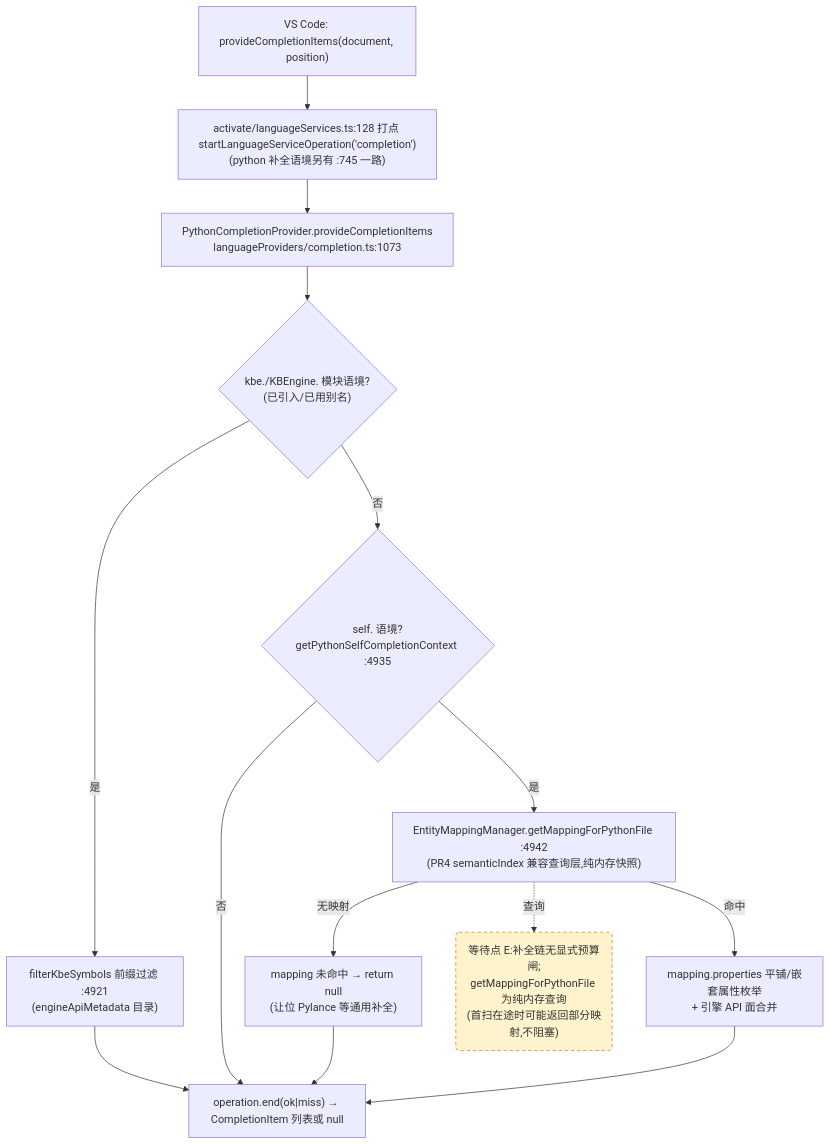
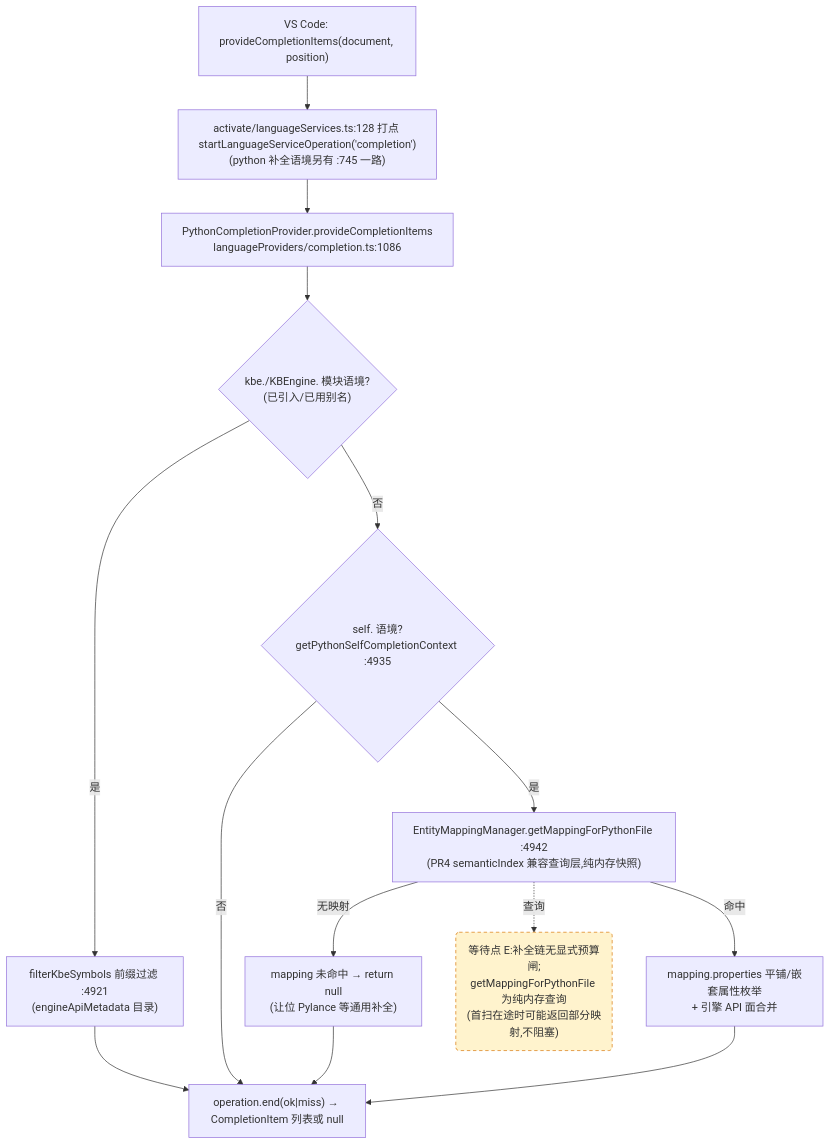
The third of 4 diagrams in docs/perf/2026-baseline.md (cuihairu/kode), drawn with Mermaid before and after one commit. The commit also changed other lines of this file and 8 other files, not shown here.

````diff
--- a/docs/perf/2026-baseline.md
+++ b/docs/perf/2026-baseline.md
@@ -196,27 +197,27 @@
 ```mermaid
 flowchart TD
   VC3["VS Code: provideCompletionItems(document, position)"]
   M3["activate/languageServices.ts:128 打点 startLanguageServiceOperation('completion')<br/>(python 补全语境另有 :745 一路)"]
-  CP["PythonCompletionProvider.provideCompletionItems<br/>languageProviders/completion.ts:1073"]
+  CP["PythonCompletionProvider.provideCompletionItems<br/>languageProviders/completion.ts:1086"]
   KBEC{"kbe./KBEngine. 模块语境?<br/>(已引入/已用别名)"}
   FILTER["filterKbeSymbols 前缀过滤 :4921<br/>(engineApiMetadata 目录)"]
   SELFC{"self. 语境?<br/>getPythonSelfCompletionContext :4935"}
   MAP["EntityMappingManager.getMappingForPythonFile :4942<br/>(PR4 semanticIndex 兼容查询层,纯内存快照)"]
   NOMAP["mapping 未命中 → return null<br/>(让位 Pylance 等通用补全)"]
   PROPS["mapping.properties 平铺/嵌套属性枚举<br/>+ 引擎 API 面合并"]
   END3["operation.end(ok|miss) → CompletionItem 列表或 null"]
 
   VC3 --> M3 --> CP --> KBEC
   KBEC -- "是" --> FILTER --> END3
   KBEC -- "否" --> SELFC
   SELFC -- "否" --> END3
   SELFC -- "是" --> MAP
   MAP -- "无映射" --> NOMAP --> END3
   MAP -- "命中" --> PROPS --> END3
 
   WAITE("等待点 E:补全链无显式预算闸;<br/>getMappingForPythonFile 为纯内存查询<br/>(首扫在途时可能返回部分映射,不阻塞)")
   MAP -.->|查询| WAITE
 
   classDef waitPoint fill:#fff3cd,stroke:#d97706,stroke-dasharray:5 4;
   class WAITE waitPoint;
 ```
````
